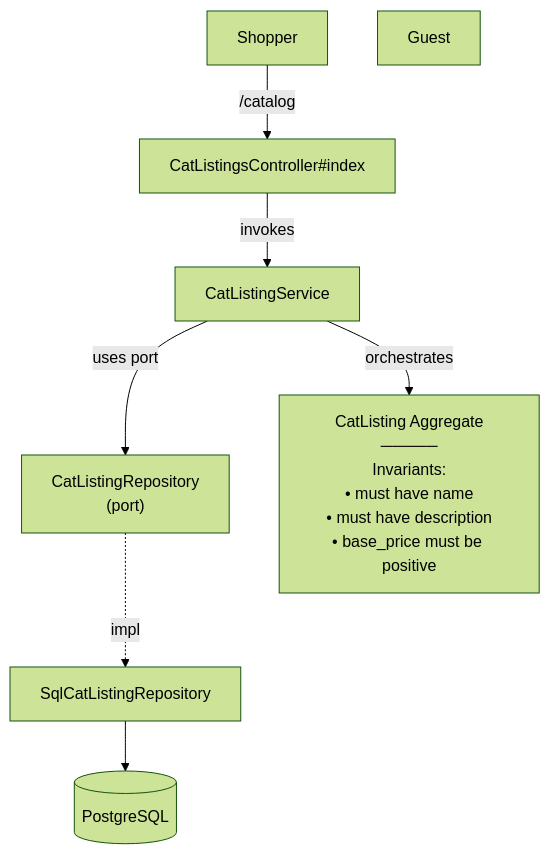
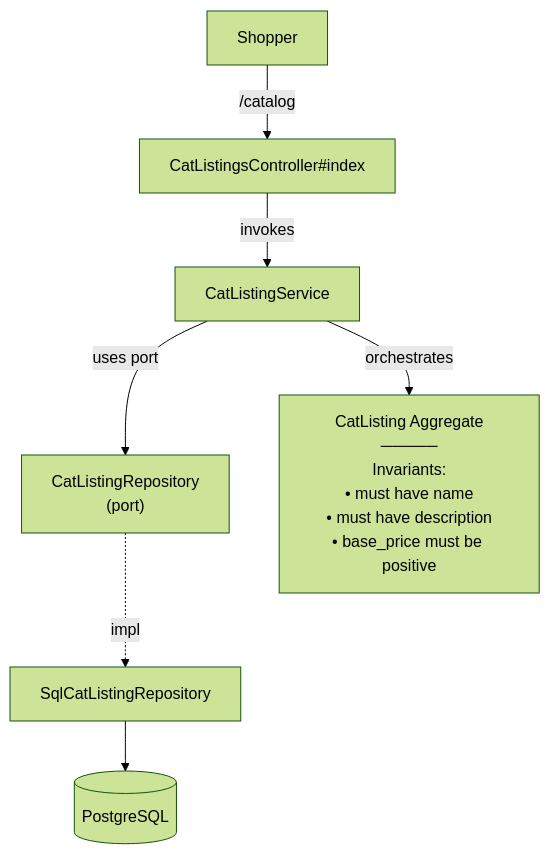
The diagram in docs/specs/cat_content/browse_catalog.spec.md (pacaplan/cats-as-a-service), drawn with Mermaid (forest theme) before and after one commit. The commit also changed other lines of this file and 3 other files, not shown here.

````diff
--- a/docs/specs/cat_content/browse_catalog.spec.md
+++ b/docs/specs/cat_content/browse_catalog.spec.md
@@ -92,13 +212,12 @@
 ```mermaid
 flowchart TB
     Shopper["Shopper"]
-    Guest["Guest"]
     Shopper -->|"/catalog"| Controller
     Controller["CatListingsController#index"]
     Controller -->|invokes| Service
     Service["CatListingService"]
     Service -->|uses port| Port0["CatListingRepository<br/>(port)"]
     Port0 -.->|impl| Adapter0["SqlCatListingRepository"]
     Adapter0 --> PostgreSQL[("PostgreSQL")]
     Service -->|orchestrates| Aggregate["CatListing Aggregate<br/>─────<br/>Invariants:<br/>• must have name<br/>• must have description<br/>• base_price must be positive"]
 ```
````
